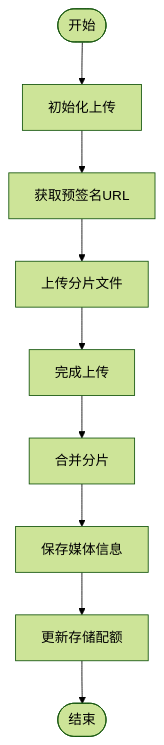
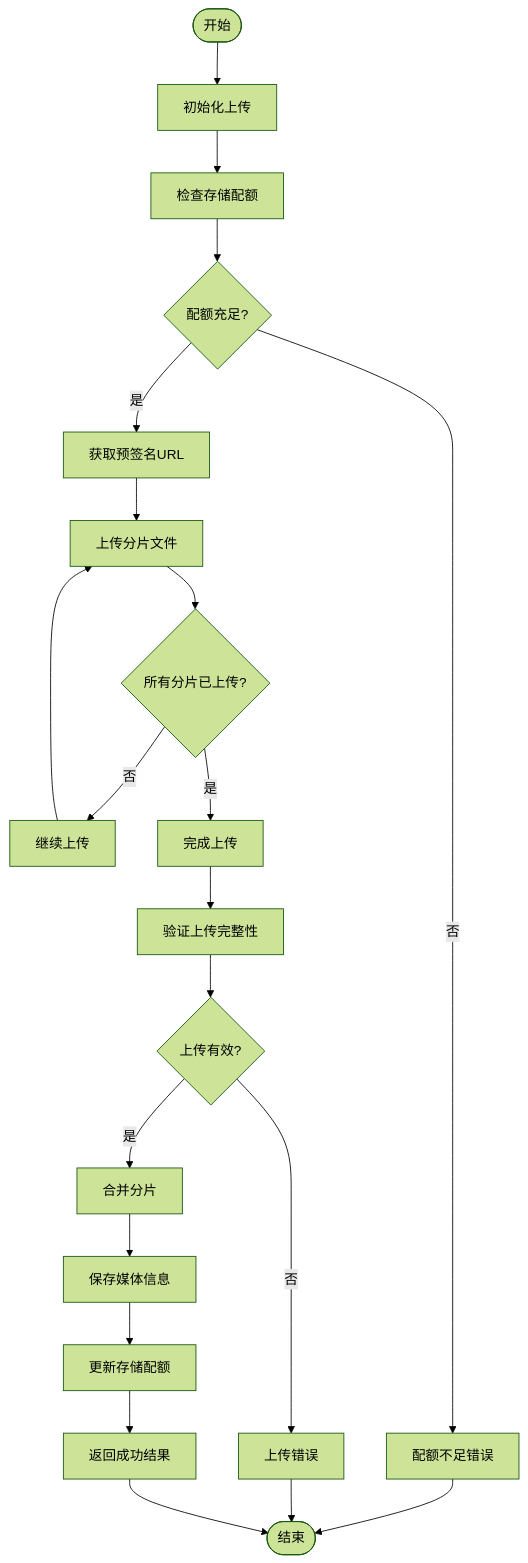
The fifth of 11 diagrams in docs/当前进度描述.md (michealmachine/course), drawn with Mermaid (forest theme) before and after one commit. The commit also changed other lines of this file and 5 other files, not shown here.

````diff
--- a/docs/当前进度描述.md
+++ b/docs/当前进度描述.md
@@ -145,13 +223,29 @@
 ```mermaid
 flowchart TB
     Start([开始]) --> InitUpload[初始化上传]
-    InitUpload --> GetPresignedUrls[获取预签名URL]
+    InitUpload --> CheckQuota[检查存储配额]
+    CheckQuota --> QuotaEnough{配额充足?}
+    
+    QuotaEnough -->|是| GetPresignedUrls[获取预签名URL]
+    QuotaEnough -->|否| QuotaError[配额不足错误]
+    QuotaError --> End([结束])
+    
     GetPresignedUrls --> UploadChunks[上传分片文件]
-    UploadChunks --> CompleteUpload[完成上传]
+    UploadChunks --> AllChunksUploaded{所有分片已上传?}
+    AllChunksUploaded -->|否| ContinueUpload[继续上传]
+    ContinueUpload --> UploadChunks
     
-    CompleteUpload --> MergeChunks[合并分片]
+    AllChunksUploaded -->|是| CompleteUpload[完成上传]
+    CompleteUpload --> ValidateUpload[验证上传完整性]
+    ValidateUpload --> UploadValid{上传有效?}
+    
+    UploadValid -->|否| UploadError[上传错误]
+    UploadError --> End
+    
+    UploadValid -->|是| MergeChunks[合并分片]
     MergeChunks --> SaveMediaInfo[保存媒体信息]
     SaveMediaInfo --> UpdateQuota[更新存储配额]
+    UpdateQuota --> SuccessResponse[返回成功结果]
     
-    UpdateQuota --> End([结束])
+    SuccessResponse --> End
 ```
````
